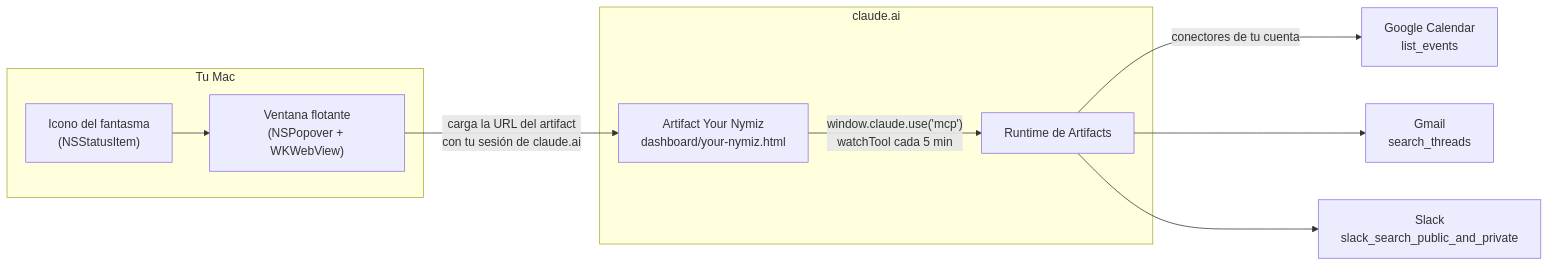
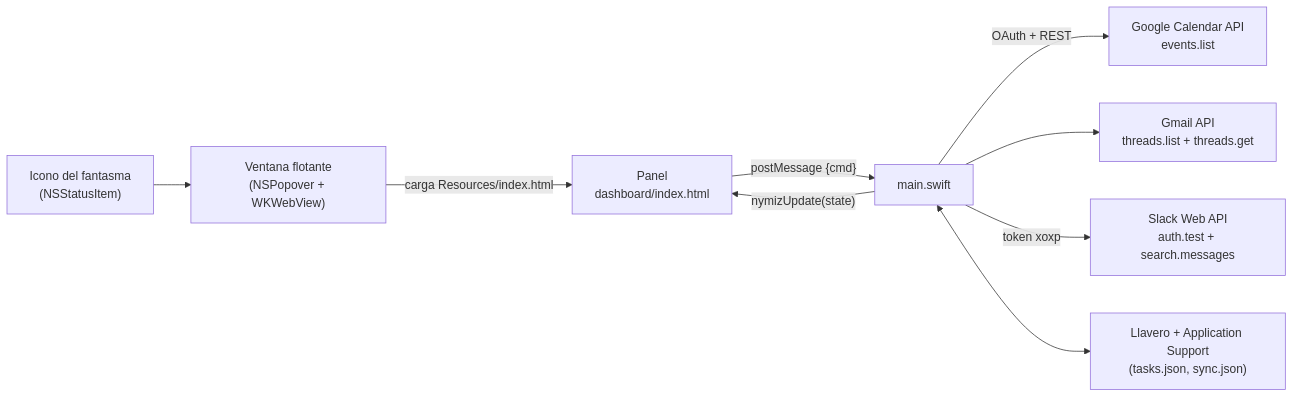
Before and after one commit to polodealvarado/tinydash: the diagram in docs/ARQUITECTURA.md, drawn with Mermaid. The commit also changed other lines of this file and 12 other files, not shown here.

````diff
--- a/docs/ARQUITECTURA.md
+++ b/docs/ARQUITECTURA.md
@@ -10,13 +5,11 @@
 ```mermaid
 flowchart LR
-  subgraph Mac["Tu Mac"]
-    icon["Icono del fantasma<br/>(NSStatusItem)"] --> pop["Ventana flotante<br/>(NSPopover + WKWebView)"]
-  end
-  pop -- "carga la URL del artifact<br/>con tu sesión de claude.ai" --> art
-  subgraph Claude["claude.ai"]
-    art["Artifact Your Nymiz<br/>dashboard/your-nymiz.html"] -- "window.claude.use('mcp')<br/>watchTool cada 5 min" --> rt["Runtime de Artifacts"]
-  end
-  rt -- "conectores de tu cuenta" --> gc["Google Calendar<br/>list_events"]
-  rt --> gm["Gmail<br/>search_threads"]
-  rt --> sl["Slack<br/>slack_search_public_and_private"]
+  icon["Icono del fantasma<br/>(NSStatusItem)"] --> pop["Ventana flotante<br/>(NSPopover + WKWebView)"]
+  pop -- "carga Resources/index.html" --> page["Panel<br/>dashboard/index.html"]
+  page -- "postMessage {cmd}" --> app["main.swift"]
+  app -- "nymizUpdate(state)" --> page
+  app -- "OAuth + REST" --> gc["Google Calendar API<br/>events.list"]
+  app --> gm["Gmail API<br/>threads.list + threads.get"]
+  app -- "token xoxp" --> sl["Slack Web API<br/>auth.test + search.messages"]
+  app <--> disk["Llavero + Application Support<br/>(tasks.json, sync.json)"]
 ```
````
